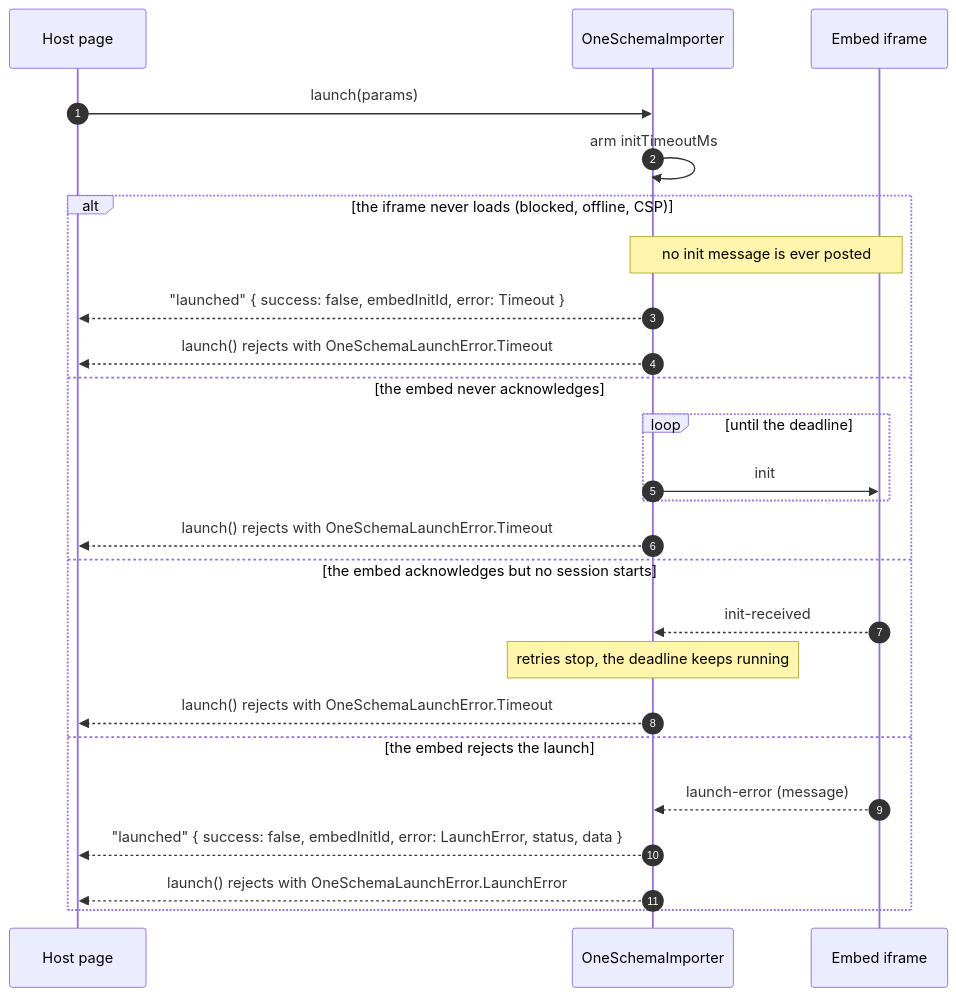
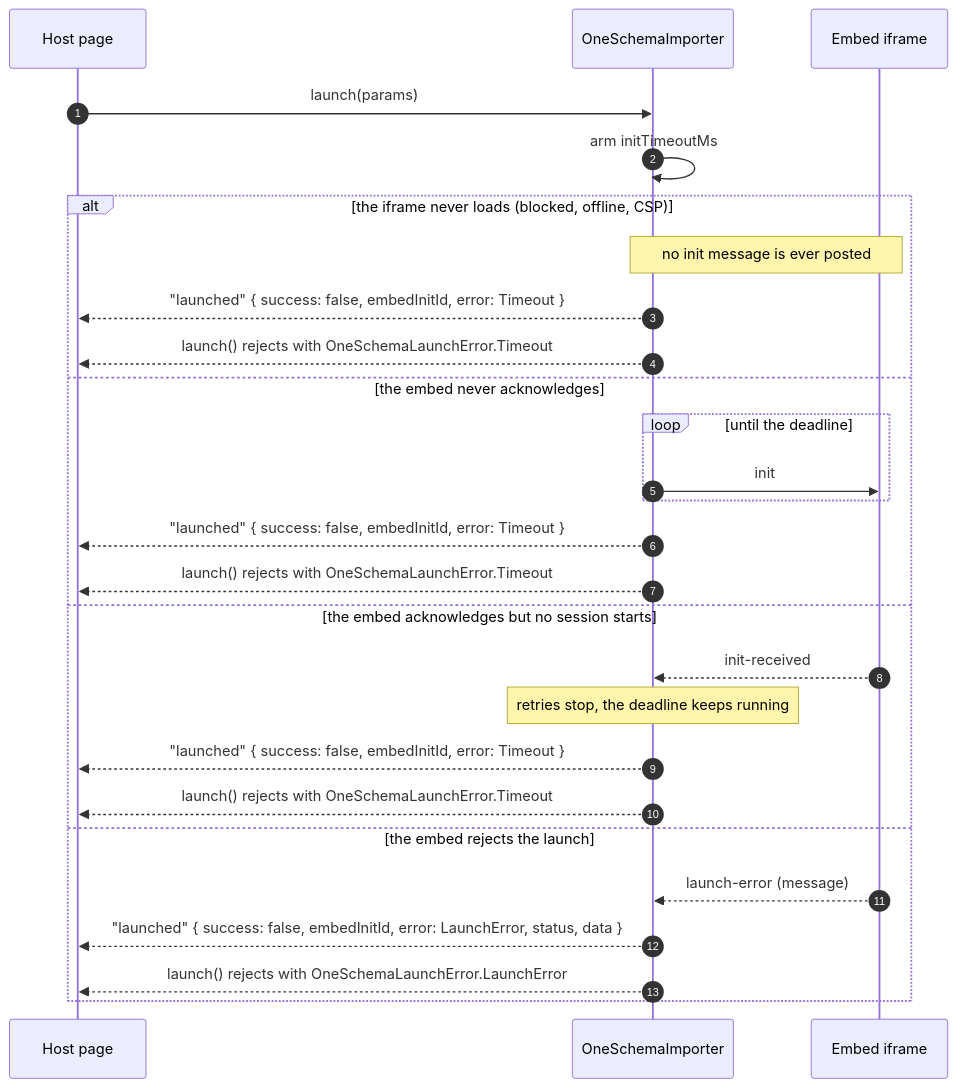
The second of 3 diagrams in packages/importer/LAUNCH-SEQUENCE.md (oneschema/sdk), drawn with Mermaid before and after one commit. The commit also changed 3 other files, not shown here.

````diff
--- a/packages/importer/LAUNCH-SEQUENCE.md
+++ b/packages/importer/LAUNCH-SEQUENCE.md
@@ -45,29 +45,31 @@
 ```mermaid
 sequenceDiagram
     autonumber
     participant Host as Host page
     participant SDK as OneSchemaImporter
     participant Embed as Embed iframe
 
     Host->>SDK: launch(params)
     SDK->>SDK: arm initTimeoutMs
 
     alt the iframe never loads (blocked, offline, CSP)
         Note over SDK,Embed: no init message is ever posted
         SDK-->>Host: "launched" { success: false, embedInitId, error: Timeout }
         SDK-->>Host: launch() rejects with OneSchemaLaunchError.Timeout
     else the embed never acknowledges
         loop until the deadline
             SDK->>Embed: init
         end
+        SDK-->>Host: "launched" { success: false, embedInitId, error: Timeout }
         SDK-->>Host: launch() rejects with OneSchemaLaunchError.Timeout
     else the embed acknowledges but no session starts
         Embed-->>SDK: init-received
         Note over SDK: retries stop, the deadline keeps running
+        SDK-->>Host: "launched" { success: false, embedInitId, error: Timeout }
         SDK-->>Host: launch() rejects with OneSchemaLaunchError.Timeout
     else the embed rejects the launch
         Embed-->>SDK: launch-error (message)
         SDK-->>Host: "launched" { success: false, embedInitId, error: LaunchError, status, data }
         SDK-->>Host: launch() rejects with OneSchemaLaunchError.LaunchError
     end
 ```
````
